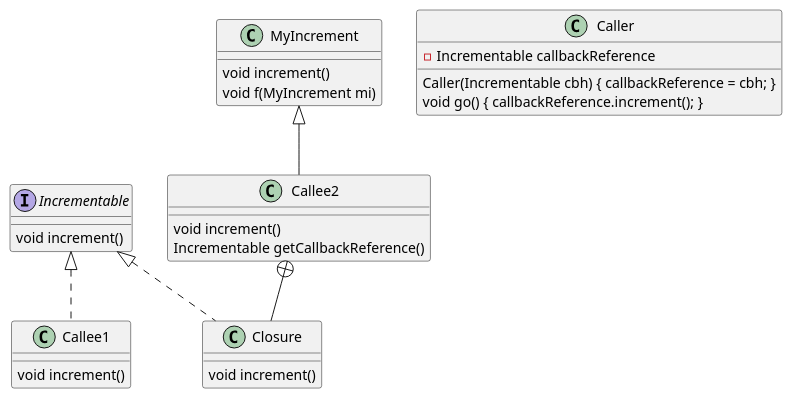
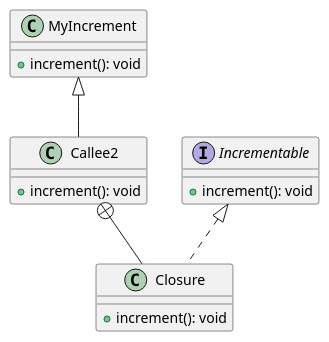
One commit to zhyantao/docs changed the third of 3 diagrams in source/docs/programming-lang/java/innerclasses.rst. Above: the diagram before and after it, drawn with PlantUML. The commit also changed other lines of this file, not shown here.

```diff
--- a/source/docs/programming-lang/java/innerclasses.rst
+++ b/source/docs/programming-lang/java/innerclasses.rst
@@ -423,34 +451,22 @@
 .. uml::
 
     @startuml
 
-    Incrementable <|.. Callee1
     MyIncrement <|-- Callee2
     Callee2 +-- Closure
     Incrementable <|.. Closure
 
     interface Incrementable {
-        void increment()
-    }
-    class Callee1 {
-        void increment()
+        +increment(): void
     }
     class MyIncrement {
-        void increment()
-        void f(MyIncrement mi)
+        +increment(): void
     }
     class Callee2 {
-        void increment()
-        Incrementable getCallbackReference()
+        +increment(): void
     }
-    class Caller {
-        -Incrementable callbackReference
-        Caller(Incrementable cbh) { callbackReference = cbh; }
-        void go() { callbackReference.increment(); }
-    }
-
     class Closure {
-        void increment()
+        +increment(): void
     }
 
     @enduml
```
